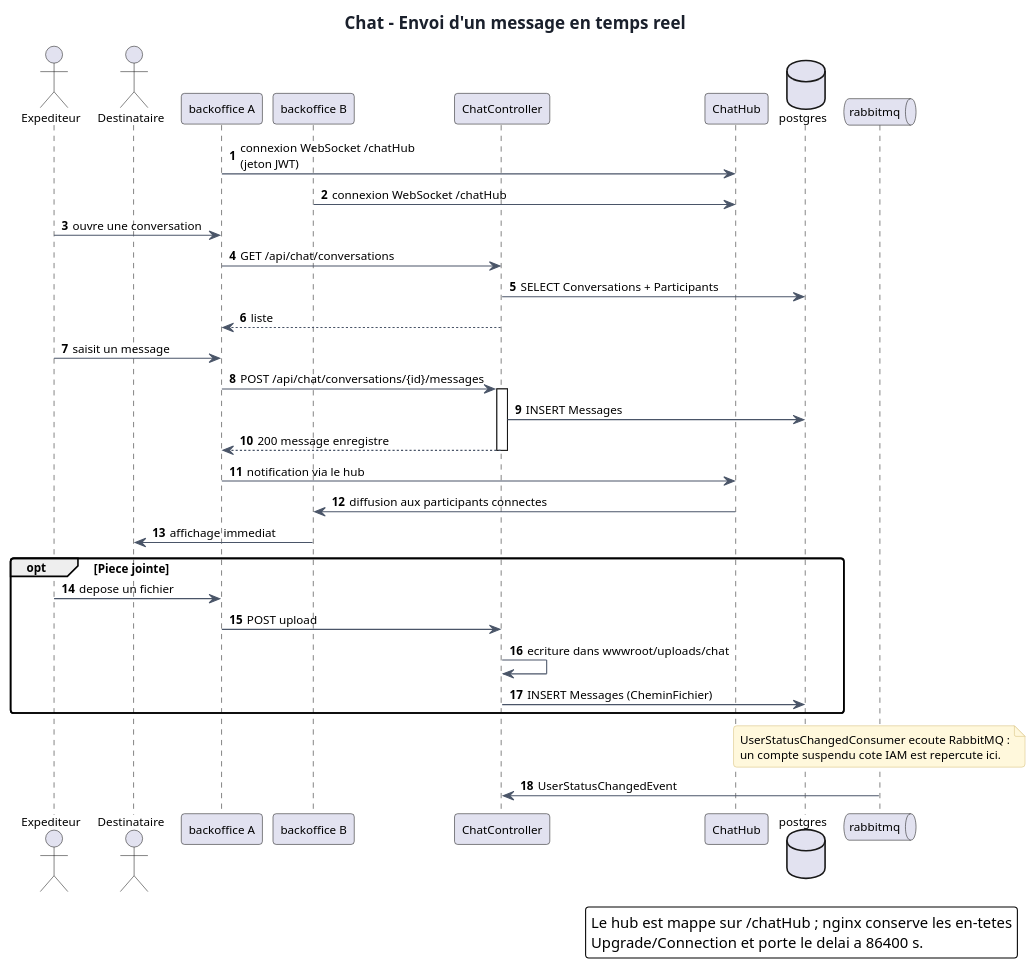
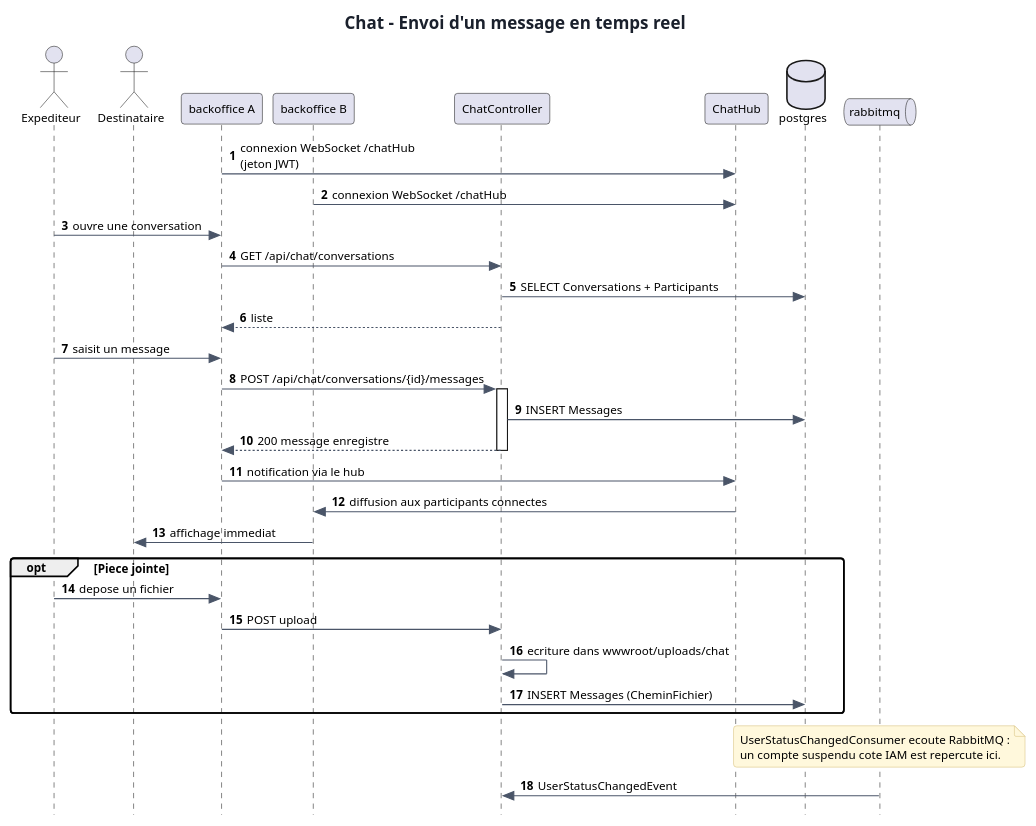
Before and after one commit to saber-barhoumi/Xpark-gmao: the diagram in docs/diagrams/microservices/Chat/Chat-sequence.puml, drawn with PlantUML. The commit also changed 192 other files, not shown here.

First line of the commit message:
docs(uml): mise aux normes academiques des diagrammes des microservices

```diff
--- a/docs/diagrams/microservices/Chat/Chat-sequence.puml
+++ b/docs/diagrams/microservices/Chat/Chat-sequence.puml
@@ -1,63 +1,58 @@
 @startuml
+skinparam style strictuml
 skinparam backgroundColor #FFFFFF
 skinparam shadowing false
 skinparam defaultFontName Verdana
 skinparam defaultFontSize 11
 skinparam roundCorner 6
 skinparam ArrowColor #4A5568
 skinparam TitleFontSize 16
 skinparam TitleFontColor #1A202C
 skinparam NoteBackgroundColor #FFF8DC
 skinparam NoteBorderColor #D6BF7A
 skinparam componentStyle rectangle
 
 title Chat - Envoi d'un message en temps reel
 
 autonumber
 
 actor "Expediteur" as A
 actor "Destinataire" as B
 participant "backoffice A" as BA
 participant "backoffice B" as BB
 participant "ChatController" as CC
 participant "ChatHub" as HUB
 database "postgres" as PG
 queue "rabbitmq" as MQ
 
 BA -> HUB : connexion WebSocket /chatHub\n(jeton JWT)
 BB -> HUB : connexion WebSocket /chatHub
 A -> BA : ouvre une conversation
 BA -> CC : GET /api/chat/conversations
 CC -> PG : SELECT Conversations + Participants
 CC --> BA : liste
 
 A -> BA : saisit un message
 BA -> CC : POST /api/chat/conversations/{id}/messages
 activate CC
 CC -> PG : INSERT Messages
 CC --> BA : 200 message enregistre
 deactivate CC
 BA -> HUB : notification via le hub
 HUB -> BB : diffusion aux participants connectes
 BB -> B : affichage immediat
 
 opt Piece jointe
   A -> BA : depose un fichier
   BA -> CC : POST upload
   CC -> CC : ecriture dans wwwroot/uploads/chat
   CC -> PG : INSERT Messages (CheminFichier)
 end
 
 note over MQ
   UserStatusChangedConsumer ecoute RabbitMQ :
   un compte suspendu cote IAM est repercute ici.
 end note
 MQ -> CC : UserStatusChangedEvent
 
-
-legend right
-Le hub est mappe sur /chatHub ; nginx conserve les en-tetes
-Upgrade/Connection et porte le delai a 86400 s.
-endlegend
-
 @enduml
```
